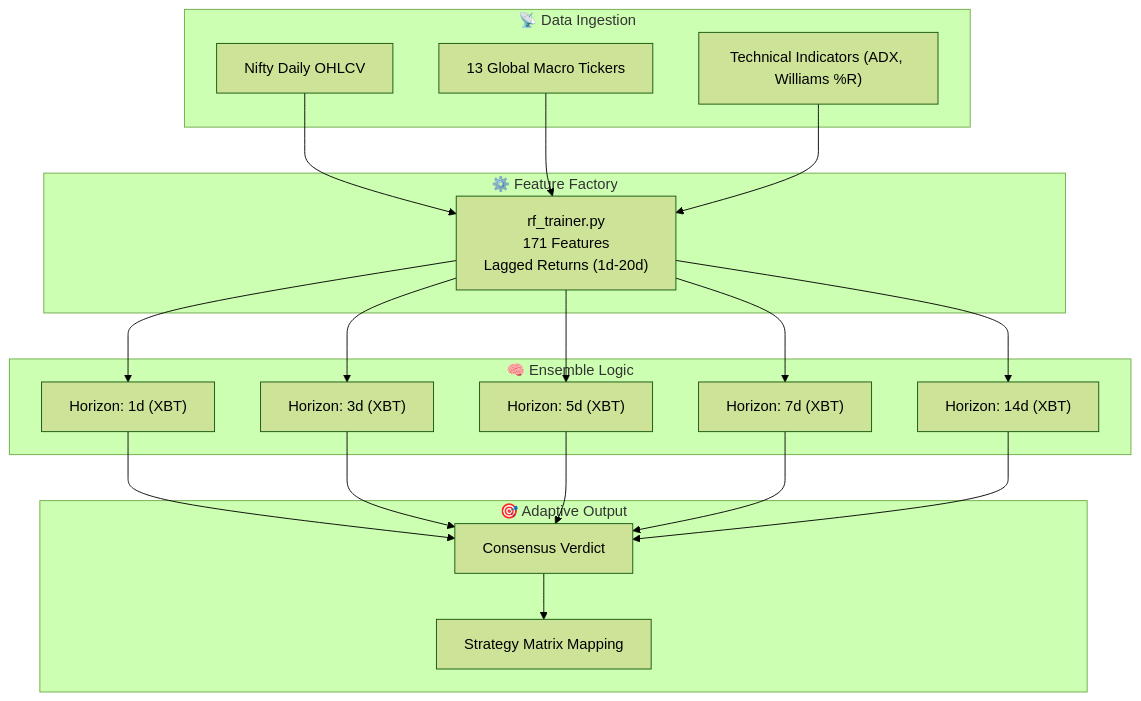
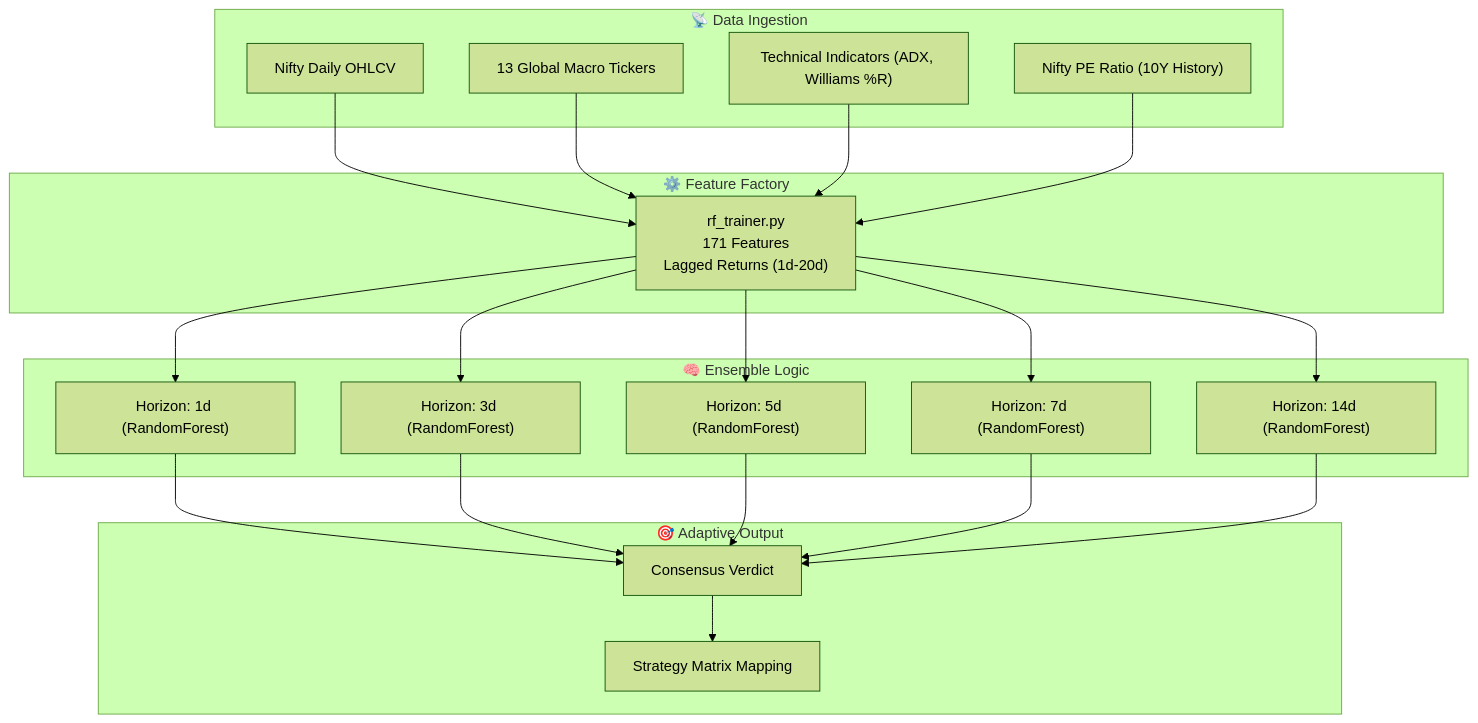
Before and after one commit to pravindev666/Moses-Random-Trees: the diagram in README.md, drawn with Mermaid (forest theme). The commit also changed other lines of this file and 5 other files, not shown here.

````diff
--- a/README.md
+++ b/README.md
@@ -21,29 +22,30 @@
 ```mermaid
 graph TB
     subgraph "📡 Data Ingestion"
         D1["Nifty Daily OHLCV"]
         D2["13 Global Macro Tickers"]
         D3["Technical Indicators (ADX, Williams %R)"]
+        D4["Nifty PE Ratio (10Y History)"]
     end
 
     subgraph "⚙️ Feature Factory"
         FF["rf_trainer.py<br/>171 Features<br/>Lagged Returns (1d-20d)"]
     end
 
     subgraph "🧠 Ensemble Logic"
-        H1["Horizon: 1d (XBT)"]
-        H3["Horizon: 3d (XBT)"]
-        H5["Horizon: 5d (XBT)"]
-        H7["Horizon: 7d (XBT)"]
-        H14["Horizon: 14d (XBT)"]
+        H1["Horizon: 1d (RandomForest)"]
+        H3["Horizon: 3d (RandomForest)"]
+        H5["Horizon: 5d (RandomForest)"]
+        H7["Horizon: 7d (RandomForest)"]
+        H14["Horizon: 14d (RandomForest)"]
     end
 
     subgraph "🎯 Adaptive Output"
         V["Consensus Verdict"]
         S["Strategy Matrix Mapping"]
     end
 
-    D1 & D2 & D3 --> FF
+    D1 & D2 & D3 & D4 --> FF
     FF --> H1 & H3 & H5 & H7 & H14
     H1 & H3 & H5 & H7 & H14 --> V --> S
 ```
````
